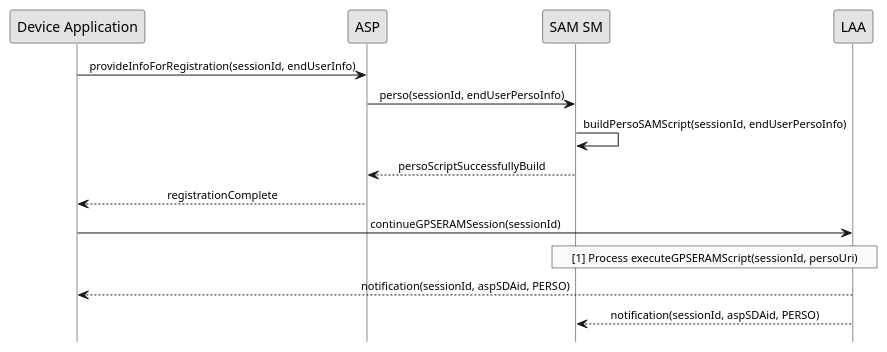
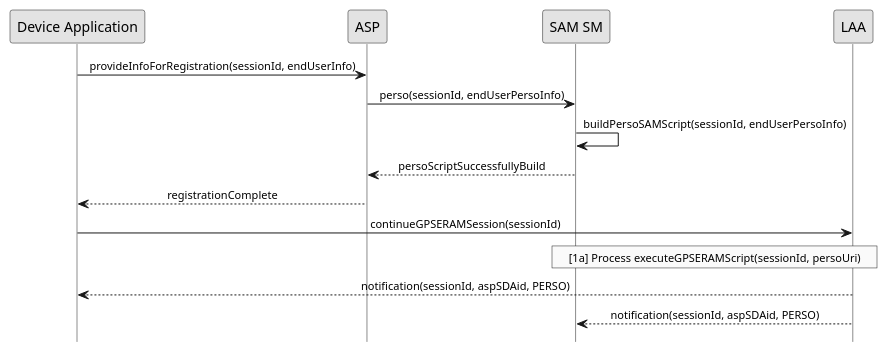
Before and after one commit to gaelrgerard/laa: the diagram in doc/uml/perso.pu, drawn with PlantUML. The commit also changed 8 other files, not shown here.

```diff
--- a/doc/uml/perso.pu
+++ b/doc/uml/perso.pu
@@ -1,23 +1,23 @@
 @startuml
  
 hide footbox
 skinparam sequenceMessageAlign center
 skinparam sequenceArrowFontSize 11
 skinparam noteFontSize 11
 skinparam monochrome true
 skinparam lifelinestrategy solid
  
 "Device Application" -> ASP : provideInfoForRegistration(sessionId, endUserInfo)
 ASP -> "SAM SM" : perso(sessionId, endUserPersoInfo)
 "SAM SM" -> "SAM SM" : buildPersoSAMScript(sessionId, endUserPersoInfo)
 "SAM SM" --> "ASP" : persoScriptSuccessfullyBuild
 "ASP" --> "Device Application" : registrationComplete
 "Device Application" -> LAA : continueGPSERAMSession(sessionId)
 rnote over "LAA", "SAM SM"
-    [1] Process executeGPSERAMScript(sessionId, persoUri)
+    [1a] Process executeGPSERAMScript(sessionId, persoUri)
 end rnote
  
  
 LAA --> "Device Application" : notification(sessionId, aspSDAid, PERSO)
 LAA --> "SAM SM" : notification(sessionId, aspSDAid, PERSO)
 @enduml
```
